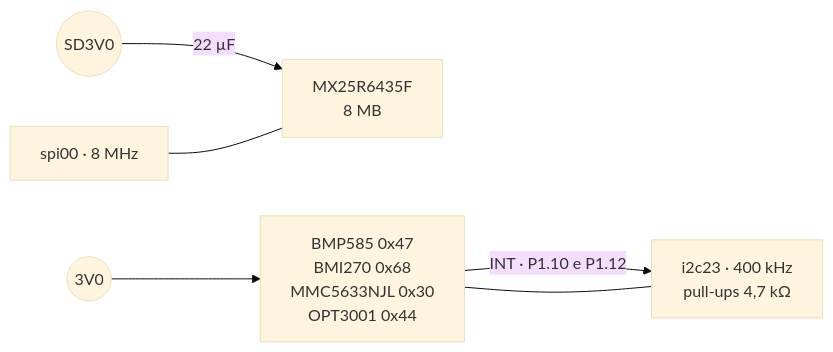
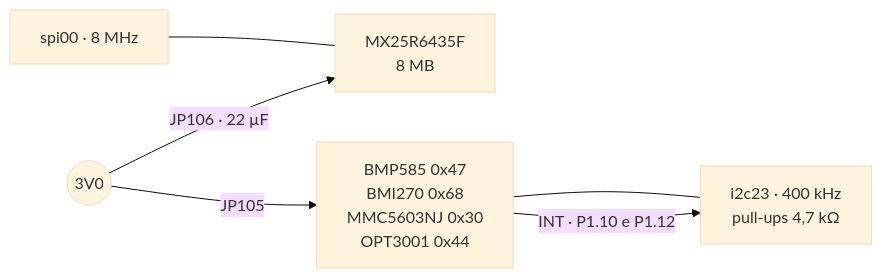
One commit to Guiimartinho/gnss-bike-computer changed the fifth of 6 diagrams in hardware_gnssbike/01-esquematico.md. Above: the diagram before and after it, drawn with Mermaid (base theme). The commit also changed other lines of this file and 63 other files, not shown here.

````diff
--- a/hardware_gnssbike/01-esquematico.md
+++ b/hardware_gnssbike/01-esquematico.md
@@ -439,8 +504,8 @@
 ```mermaid
 flowchart LR
-    RSD(("SD3V0")) -->|"22 µF"| NOR["MX25R6435F<br/>8 MB"]
+    R3V0(("3V0")) -->|"JP106 · 22 µF"| NOR["MX25R6435F<br/>8 MB"]
     MCU1["spi00 · 8 MHz"] --- NOR
-    R3V0(("3V0")) --> SENS
-    MCU2["i2c23 · 400 kHz<br/>pull-ups 4,7 kΩ"] --- SENS["BMP585 0x47<br/>BMI270 0x68<br/>MMC5633NJL 0x30<br/>OPT3001 0x44"]
+    R3V0 -->|"JP105"| SENS
+    MCU2["i2c23 · 400 kHz<br/>pull-ups 4,7 kΩ"] --- SENS["BMP585 0x47<br/>BMI270 0x68<br/>MMC5603NJ 0x30<br/>OPT3001 0x44"]
     SENS -->|"INT · P1.10 e P1.12"| MCU2
 ```
````
